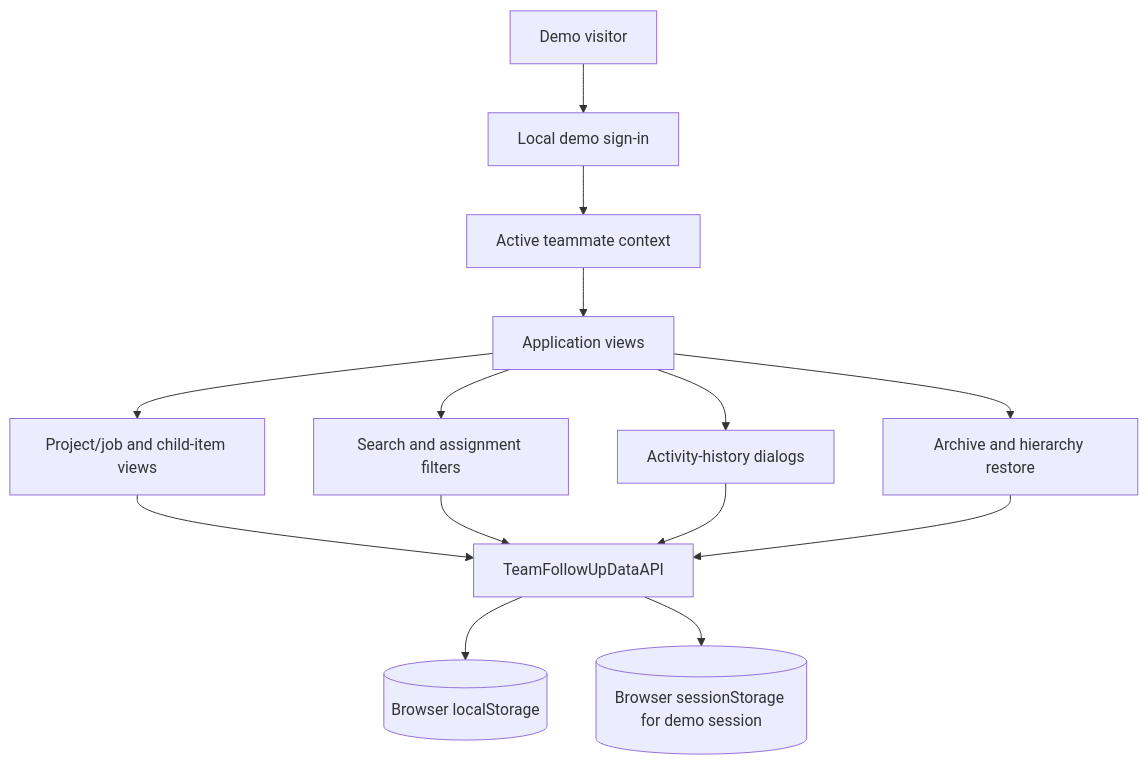
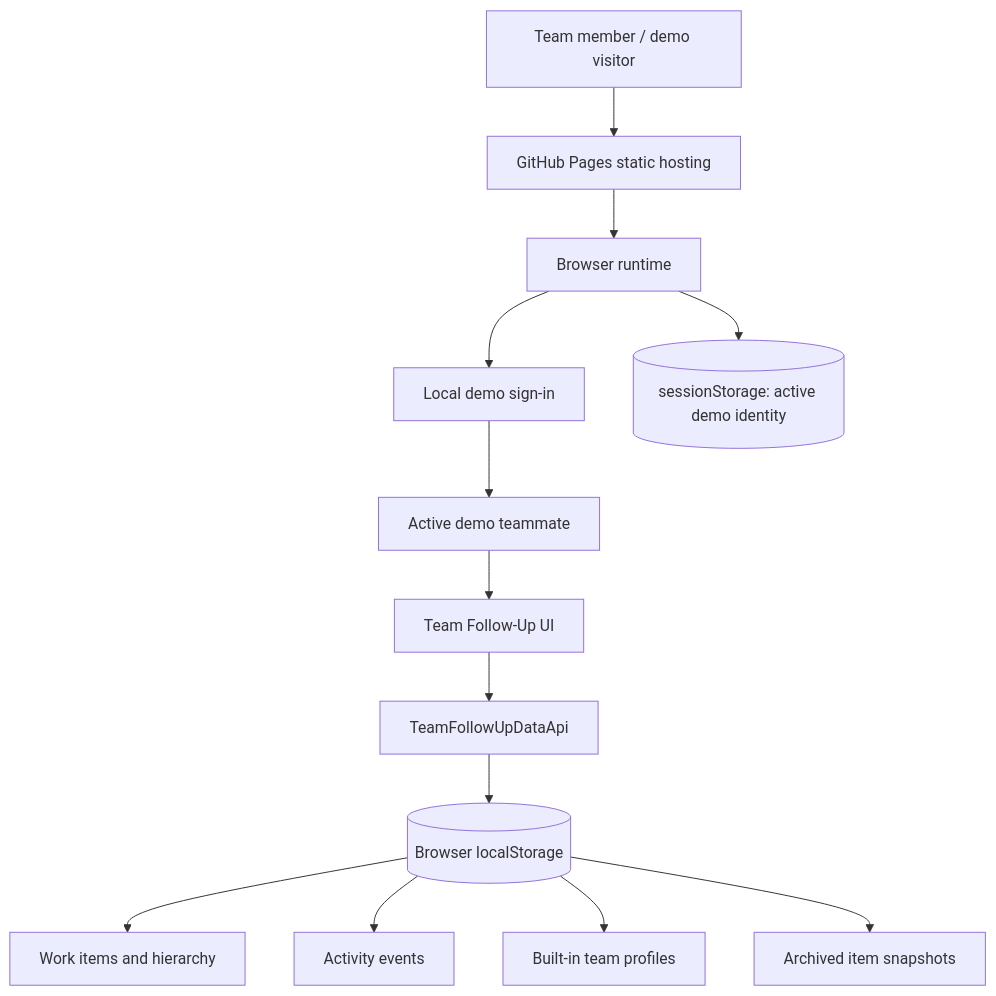
One commit to retzed/Follow-up-Application changed the first of 2 diagrams in docs/ARCHITECTURE.md. Above: the diagram before and after it, drawn with Mermaid. The commit also changed other lines of this file and 5 other files, not shown here.

Commit message:
Document application architecture and add security regression coverage

````diff
--- a/docs/ARCHITECTURE.md
+++ b/docs/ARCHITECTURE.md
@@ -9,16 +11,15 @@
 ```mermaid
 flowchart TD
-    Visitor[Demo visitor] --> Login[Local demo sign-in]
-    Login --> Context[Active teammate context]
-    Context --> App[Application views]
-    App --> Work[Project/job and child-item views]
-    App --> Search[Search and assignment filters]
-    App --> History[Activity-history dialogs]
-    App --> Archive[Archive and hierarchy restore]
-    Work --> Adapter[TeamFollowUpDataAPI]
-    Search --> Adapter
-    History --> Adapter
-    Archive --> Adapter
-    Adapter --> LocalStorage[(Browser localStorage)]
-    Adapter --> SessionStorage[(Browser sessionStorage for demo session)]
+    Visitor[Team member / demo visitor] --> Pages[GitHub Pages static hosting]
+    Pages --> Browser[Browser runtime]
+    Browser --> SignIn[Local demo sign-in]
+    SignIn --> Context[Active demo teammate]
+    Context --> UI[Team Follow-Up UI]
+    UI --> Adapter[TeamFollowUpDataApi]
+    Adapter --> LocalStore[(Browser localStorage)]
+    Browser --> Session[(sessionStorage: active demo identity)]
+    LocalStore --> Items[Work items and hierarchy]
+    LocalStore --> Activity[Activity events]
+    LocalStore --> Profiles[Built-in team profiles]
+    LocalStore --> Archive[Archived item snapshots]
 ```
````
